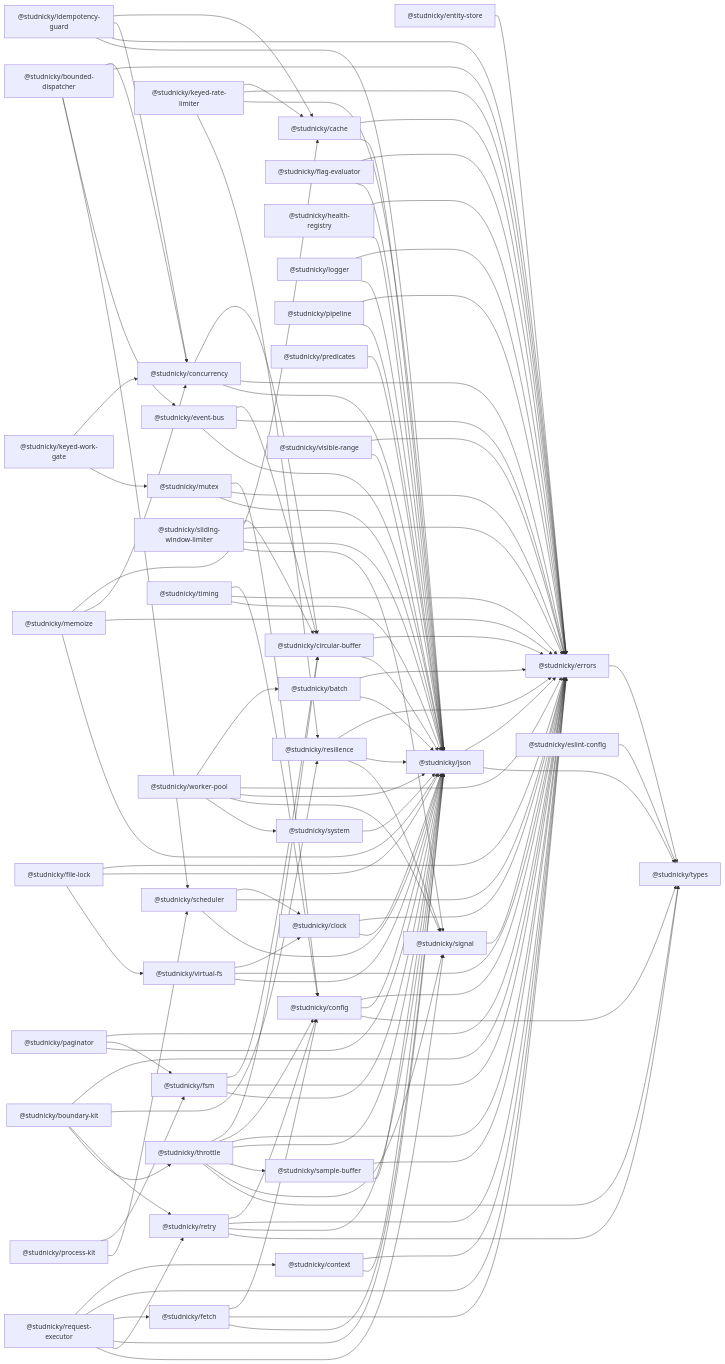
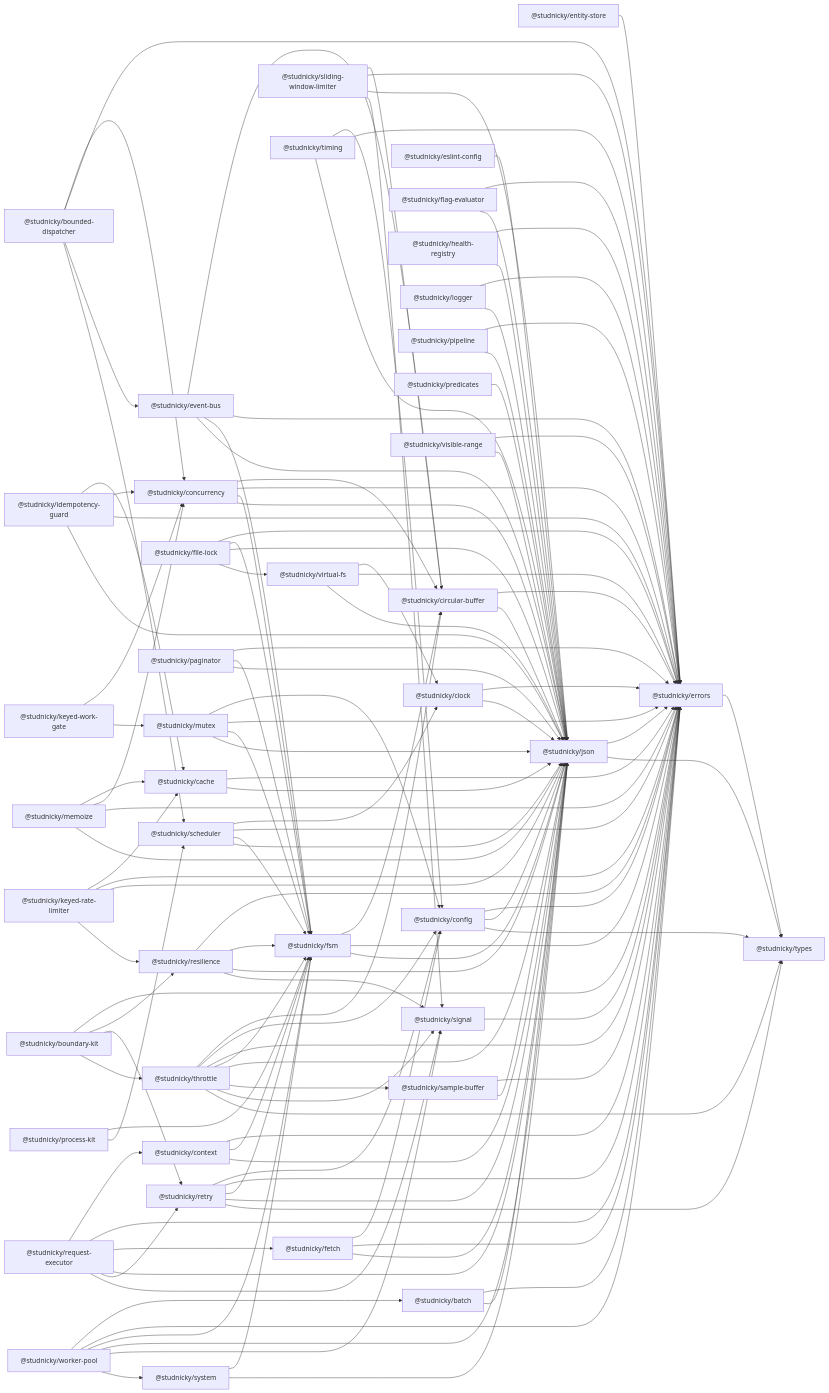
One commit to Studnicky/substrate changed the diagram in docs/dependency-graph.md. Above: the diagram before and after it, drawn with Mermaid. The commit also changed 303 other files, not shown here.

```diff
--- a/docs/dependency-graph.md
+++ b/docs/dependency-graph.md
@@ -68,22 +68,26 @@
 p__studnicky_clock --> p__studnicky_json
 p__studnicky_concurrency --> p__studnicky_circular_buffer
 p__studnicky_concurrency --> p__studnicky_errors
+p__studnicky_concurrency --> p__studnicky_fsm
 p__studnicky_concurrency --> p__studnicky_json
 p__studnicky_config --> p__studnicky_errors
 p__studnicky_config --> p__studnicky_json
 p__studnicky_config --> p__studnicky_types
 p__studnicky_context --> p__studnicky_errors
+p__studnicky_context --> p__studnicky_fsm
 p__studnicky_context --> p__studnicky_json
 p__studnicky_entity_store --> p__studnicky_errors
 p__studnicky_errors --> p__studnicky_types
-p__studnicky_eslint_config --> p__studnicky_types
+p__studnicky_eslint_config --> p__studnicky_json
 p__studnicky_event_bus --> p__studnicky_circular_buffer
 p__studnicky_event_bus --> p__studnicky_errors
+p__studnicky_event_bus --> p__studnicky_fsm
 p__studnicky_event_bus --> p__studnicky_json
 p__studnicky_fetch --> p__studnicky_config
 p__studnicky_fetch --> p__studnicky_errors
 p__studnicky_fetch --> p__studnicky_json
 p__studnicky_file_lock --> p__studnicky_errors
+p__studnicky_file_lock --> p__studnicky_fsm
 p__studnicky_file_lock --> p__studnicky_json
 p__studnicky_file_lock --> p__studnicky_virtual_fs
 p__studnicky_flag_evaluator --> p__studnicky_errors
@@ -113,6 +117,7 @@
 p__studnicky_memoize --> p__studnicky_json
 p__studnicky_mutex --> p__studnicky_config
 p__studnicky_mutex --> p__studnicky_errors
+p__studnicky_mutex --> p__studnicky_fsm
 p__studnicky_mutex --> p__studnicky_json
 p__studnicky_paginator --> p__studnicky_errors
 p__studnicky_paginator --> p__studnicky_fsm
@@ -129,26 +134,31 @@
 p__studnicky_request_executor --> p__studnicky_retry
 p__studnicky_request_executor --> p__studnicky_signal
 p__studnicky_resilience --> p__studnicky_errors
+p__studnicky_resilience --> p__studnicky_fsm
 p__studnicky_resilience --> p__studnicky_json
 p__studnicky_resilience --> p__studnicky_signal
 p__studnicky_retry --> p__studnicky_config
 p__studnicky_retry --> p__studnicky_errors
+p__studnicky_retry --> p__studnicky_fsm
 p__studnicky_retry --> p__studnicky_json
 p__studnicky_retry --> p__studnicky_types
 p__studnicky_sample_buffer --> p__studnicky_errors
 p__studnicky_sample_buffer --> p__studnicky_json
 p__studnicky_scheduler --> p__studnicky_clock
 p__studnicky_scheduler --> p__studnicky_errors
+p__studnicky_scheduler --> p__studnicky_fsm
 p__studnicky_scheduler --> p__studnicky_json
 p__studnicky_signal --> p__studnicky_errors
 p__studnicky_sliding_window_limiter --> p__studnicky_circular_buffer
 p__studnicky_sliding_window_limiter --> p__studnicky_errors
 p__studnicky_sliding_window_limiter --> p__studnicky_json
 p__studnicky_sliding_window_limiter --> p__studnicky_signal
+p__studnicky_system --> p__studnicky_fsm
 p__studnicky_system --> p__studnicky_json
 p__studnicky_throttle --> p__studnicky_circular_buffer
 p__studnicky_throttle --> p__studnicky_config
 p__studnicky_throttle --> p__studnicky_errors
+p__studnicky_throttle --> p__studnicky_fsm
 p__studnicky_throttle --> p__studnicky_json
 p__studnicky_throttle --> p__studnicky_sample_buffer
 p__studnicky_throttle --> p__studnicky_signal
@@ -163,6 +173,7 @@
 p__studnicky_visible_range --> p__studnicky_json
 p__studnicky_worker_pool --> p__studnicky_batch
 p__studnicky_worker_pool --> p__studnicky_errors
+p__studnicky_worker_pool --> p__studnicky_fsm
 p__studnicky_worker_pool --> p__studnicky_json
 p__studnicky_worker_pool --> p__studnicky_signal
 p__studnicky_worker_pool --> p__studnicky_system
```
